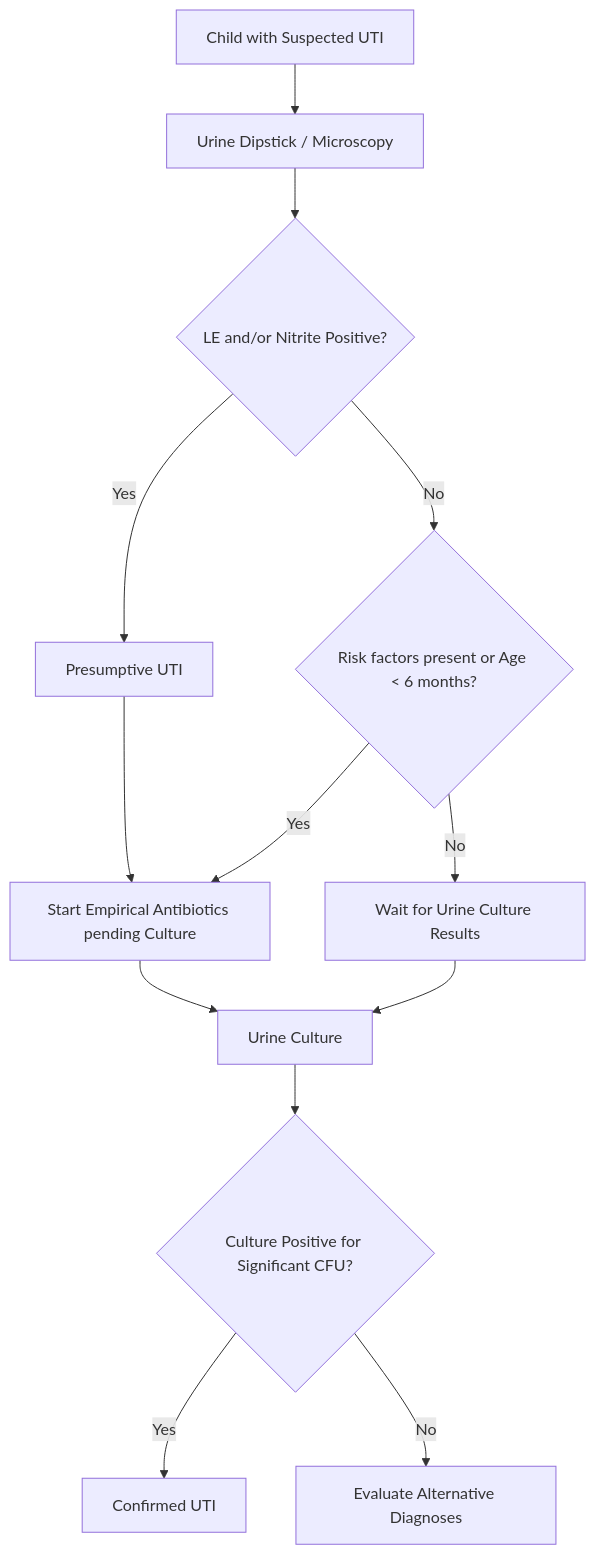
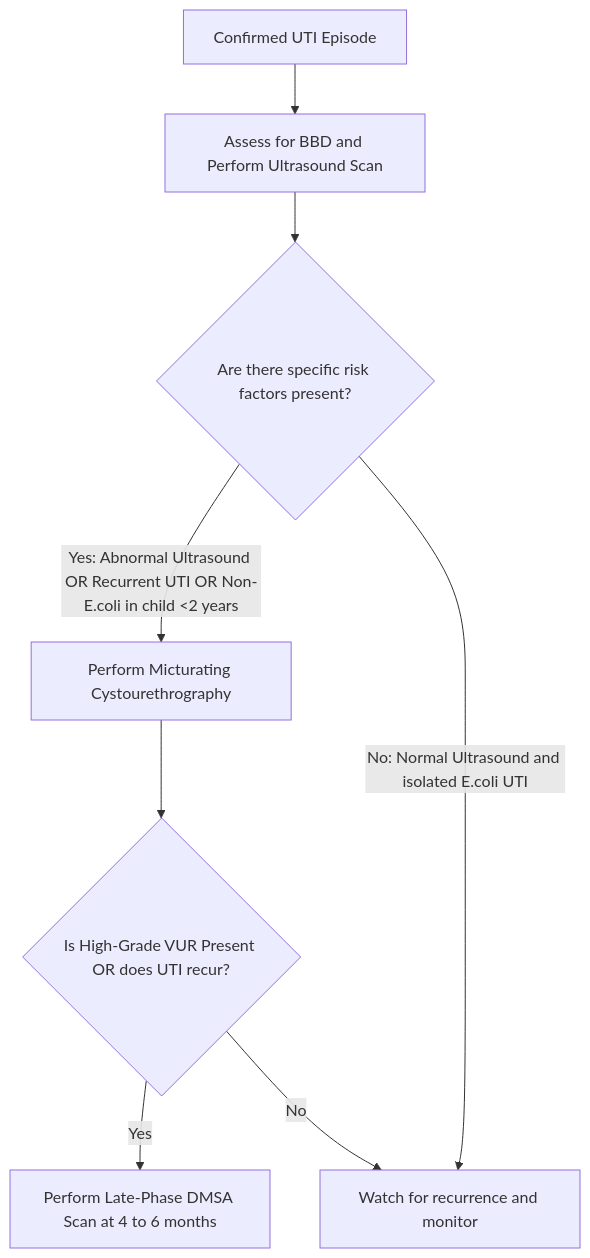
One commit to rubanbalaji-g/dnb-theory changed the first of 2 diagrams in src/site/notes/Nephrology/Urinary Tract Infection.md. Above: the diagram before and after it, drawn with Mermaid. The commit also changed other lines of this file and 16 other files, not shown here.

````diff
--- a/src/site/notes/Nephrology/Urinary Tract Infection.md
+++ b/src/site/notes/Nephrology/Urinary Tract Infection.md
@@ -70,15 +128,10 @@
 ```mermaid
-graph TD;
-    A[Child with Suspected UTI] --> B[Urine Dipstick / Microscopy];
-    B --> C{LE and/or Nitrite Positive?};
-    C -- Yes --> D[Presumptive UTI];
-    D --> E[Start Empirical Antibiotics pending Culture];
-    E --> F[Urine Culture];
-    C -- No --> G{Risk factors present or Age < 6 months?};
-    G -- Yes --> E;
-    G -- No --> H[Wait for Urine Culture Results];
-    H --> F;
-    F --> I{Culture Positive for Significant CFU?};
-    I -- Yes --> J[Confirmed UTI];
-    I -- No --> K[Evaluate Alternative Diagnoses];
+graph TD
+    A[Confirmed UTI Episode] --> B[Assess for BBD and Perform Ultrasound Scan]
+    B --> C{Are there specific risk factors present?}
+    C -- Yes: Abnormal Ultrasound OR Recurrent UTI OR Non-E.coli in child <2 years --> D[Perform Micturating Cystourethrography]
+    C -- No: Normal Ultrasound and isolated E.coli UTI --> E[Watch for recurrence and monitor]
+    D --> F{Is High-Grade VUR Present OR does UTI recur?}
+    F -- Yes --> G[Perform Late-Phase DMSA Scan at 4 to 6 months]
+    F -- No --> E
 ```
````
